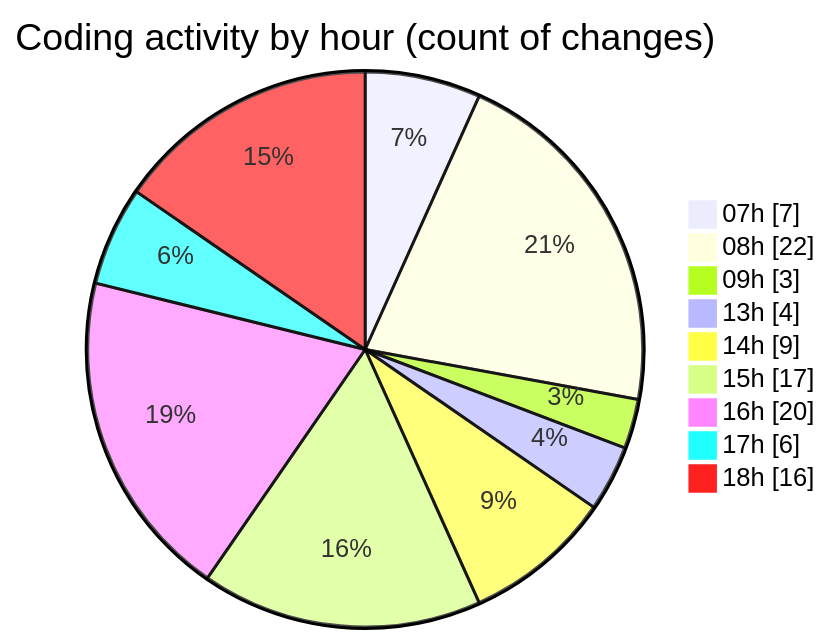
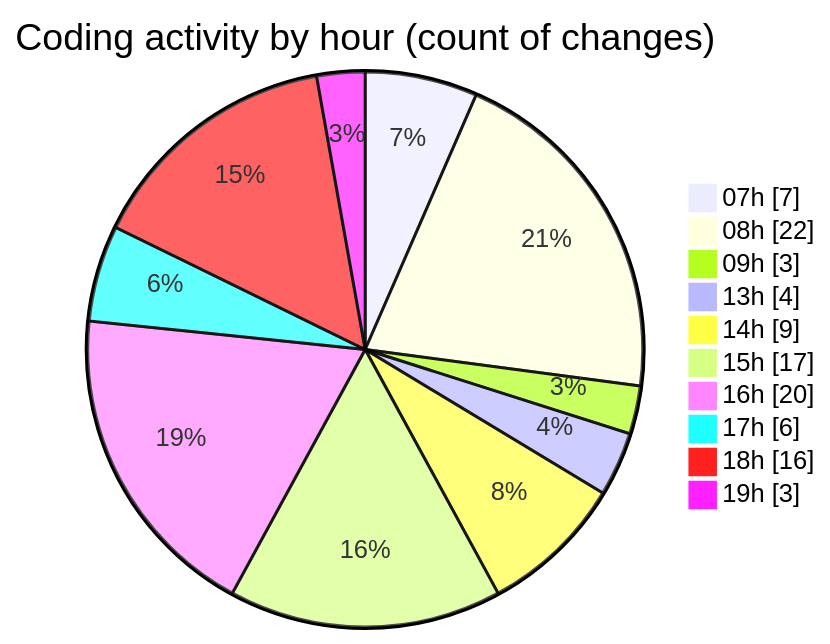
One commit to Elitesun/code-tracking changed the second of 2 diagrams in 2025-05-04/niten/README.md. Above: the diagram before and after it, drawn with Mermaid. The commit also changed other lines of this file and 1 other file, not shown here.

````diff
--- a/2025-05-04/niten/README.md
+++ b/2025-05-04/niten/README.md
@@ -59,13 +61,14 @@
 ```mermaid
 pie showData
 title Coding activity by hour (count of changes)
 "07h" : 7
 "08h" : 22
 "09h" : 3
 "13h" : 4
 "14h" : 9
 "15h" : 17
 "16h" : 20
 "17h" : 6
 "18h" : 16
+"19h" : 3
 ```
````
